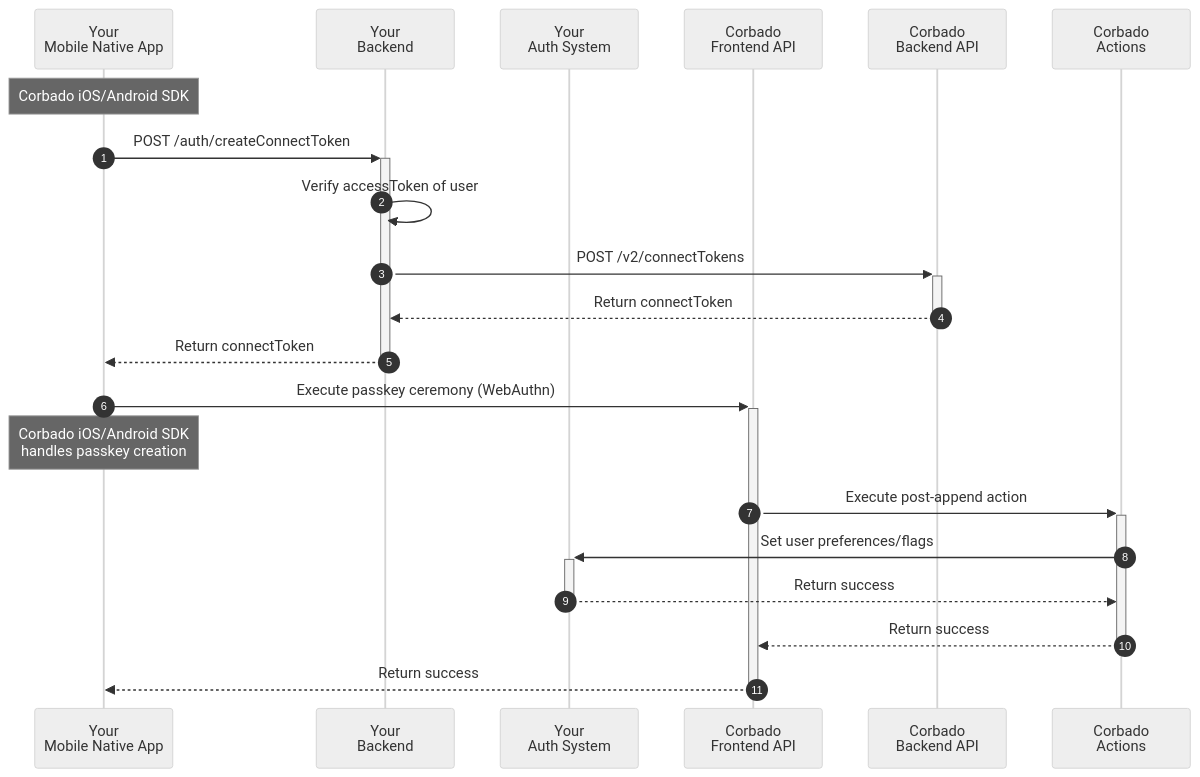
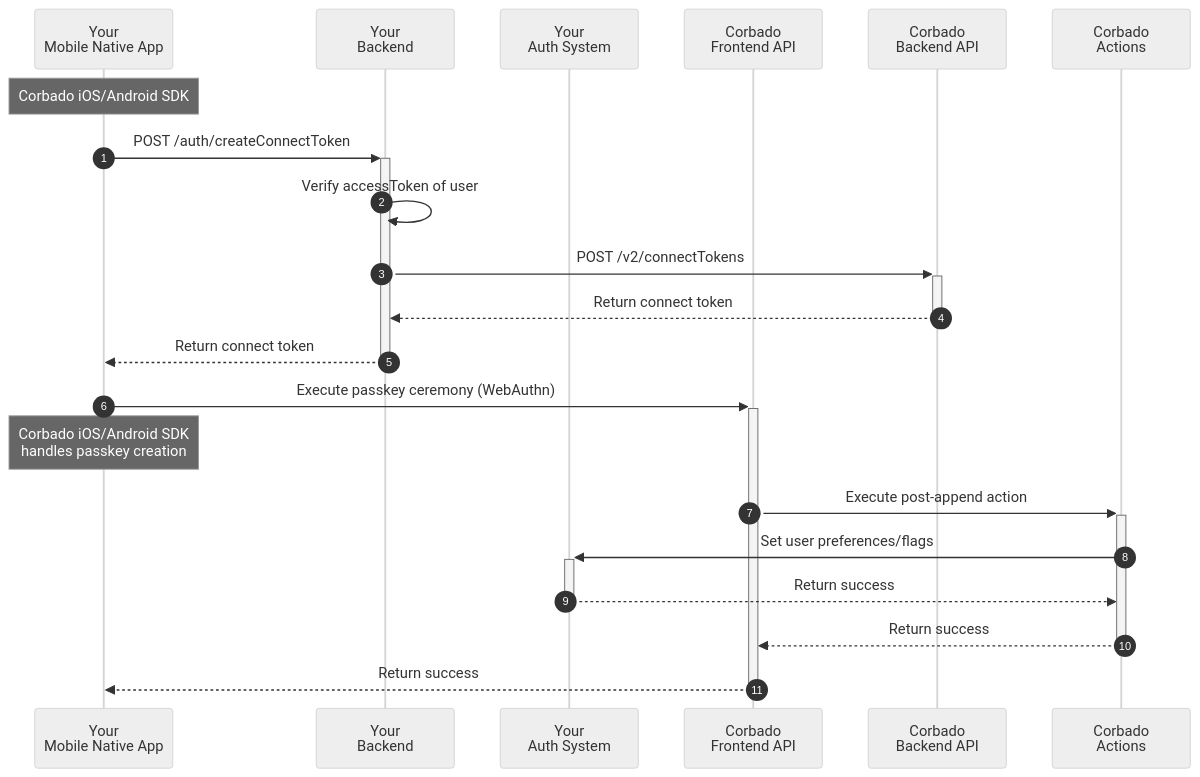
One commit to corbadotech/docs changed the first of 3 diagrams in corbado-connect/integration/generic/native-mobile.mdx. Above: the diagram before and after it, drawn with Mermaid (neutral theme). The commit also changed other lines of this file and 5 other files, not shown here.

Commit message:
Rename connectToken to connect token

````diff
--- a/corbado-connect/integration/generic/native-mobile.mdx
+++ b/corbado-connect/integration/generic/native-mobile.mdx
@@ -314,25 +314,25 @@
 ```mermaid
 sequenceDiagram
     autonumber
     participant App as Your<br/>Mobile Native App
     participant Backend as Your<br/>Backend
     participant IdP as Your<br/>Auth System
     participant FAPI as Corbado<br/>Frontend API
     participant BAPI as Corbado<br/>Backend API
     participant Actions as Corbado<br/>Actions
 
     Note over App: Corbado iOS/Android SDK
     App->>+Backend: POST /auth/createConnectToken
     Backend->>Backend: Verify accessToken of user
     Backend->>+BAPI: POST /v2/connectTokens
-    BAPI-->>-Backend: Return connectToken
-    Backend-->>-App: Return connectToken
+    BAPI-->>-Backend: Return connect token
+    Backend-->>-App: Return connect token
 
     App->>+FAPI: Execute passkey ceremony (WebAuthn)
     Note over App: Corbado iOS/Android SDK<br/>handles passkey creation
     FAPI->>+Actions: Execute post-append action
     Actions->>+IdP: Set user preferences/flags
     IdP-->>-Actions: Return success
     Actions-->>-FAPI: Return success
     FAPI-->>-App: Return success
 ```
````
